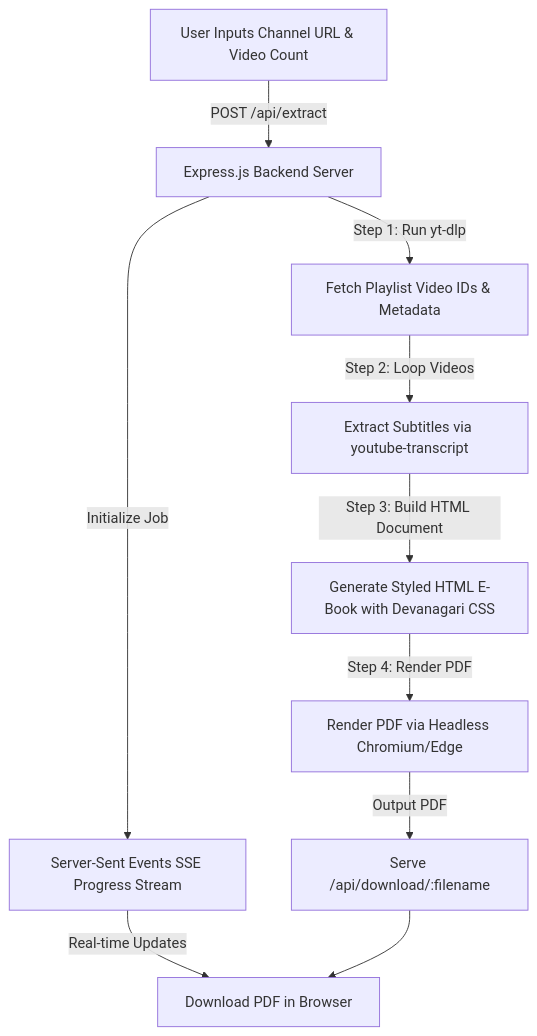
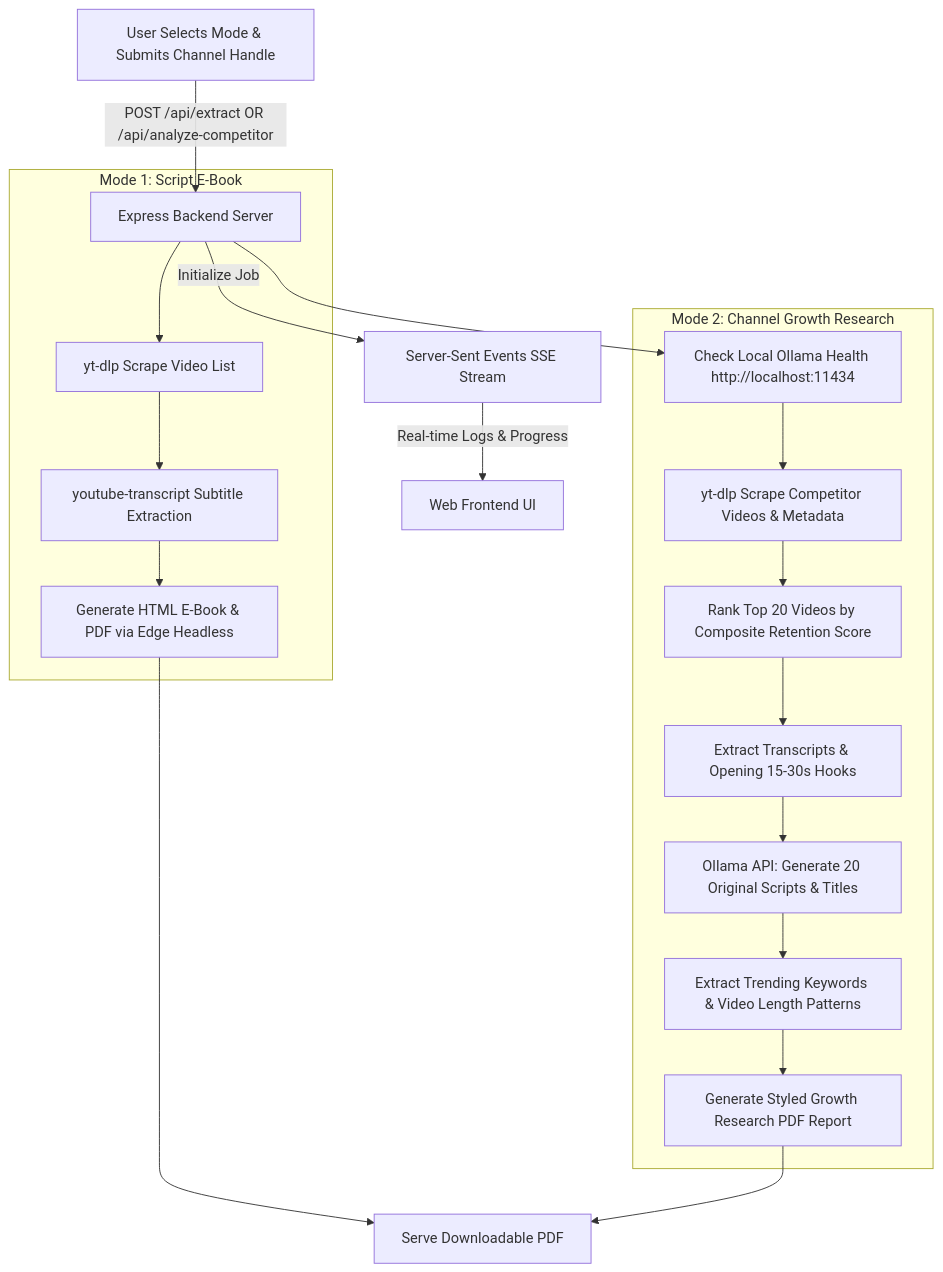
The diagram in README.md (sonuukush/YouTube-Script-PDF-Generator), drawn with Mermaid before and after one commit. The commit also changed other lines of this file and 5 other files, not shown here.

Commit message:
Add Channel Growth Research Mode with local Ollama LLM integration

````diff
--- a/README.md
+++ b/README.md
@@ -33,15 +40,25 @@
 ```mermaid
 flowchart TD
-    A[User Inputs Channel URL & Video Count] -->|POST /api/extract| B[Express.js Backend Server]
-    B -->|Initialize Job| C[Server-Sent Events SSE Progress Stream]
-    C -->|Real-time Updates| UI[Web Frontend UI]
+    A[User Selects Mode & Submits Channel Handle] -->|POST /api/extract OR /api/analyze-competitor| B[Express Backend Server]
+    B -->|Initialize Job| C[Server-Sent Events SSE Stream]
+    C -->|Real-time Logs & Progress| UI[Web Frontend UI]
     
-    B -->|Step 1: Run yt-dlp| D[Fetch Playlist Video IDs & Metadata]
-    D -->|Step 2: Loop Videos| E[Extract Subtitles via youtube-transcript]
-    
-    E -->|Step 3: Build HTML Document| F[Generate Styled HTML E-Book with Devanagari CSS]
-    F -->|Step 4: Render PDF| G[Render PDF via Headless Chromium/Edge]
-    
-    G -->|Output PDF| H[Serve /api/download/:filename]
-    H --> UI[Download PDF in Browser]
+    subgraph Mode 1: Script E-Book
+        B --> D[yt-dlp Scrape Video List]
+        D --> E[youtube-transcript Subtitle Extraction]
+        E --> F[Generate HTML E-Book & PDF via Edge Headless]
+    end
+
+    subgraph Mode 2: Channel Growth Research
+        B --> G[Check Local Ollama Health http://localhost:11434]
+        G --> H[yt-dlp Scrape Competitor Videos & Metadata]
+        H --> I[Rank Top 20 Videos by Composite Retention Score]
+        I --> J[Extract Transcripts & Opening 15-30s Hooks]
+        J --> K[Ollama API: Generate 20 Original Scripts & Titles]
+        K --> L[Extract Trending Keywords & Video Length Patterns]
+        L --> M[Generate Styled Growth Research PDF Report]
+    end
+
+    F --> N[Serve Downloadable PDF]
+    M --> N
 ```
````
